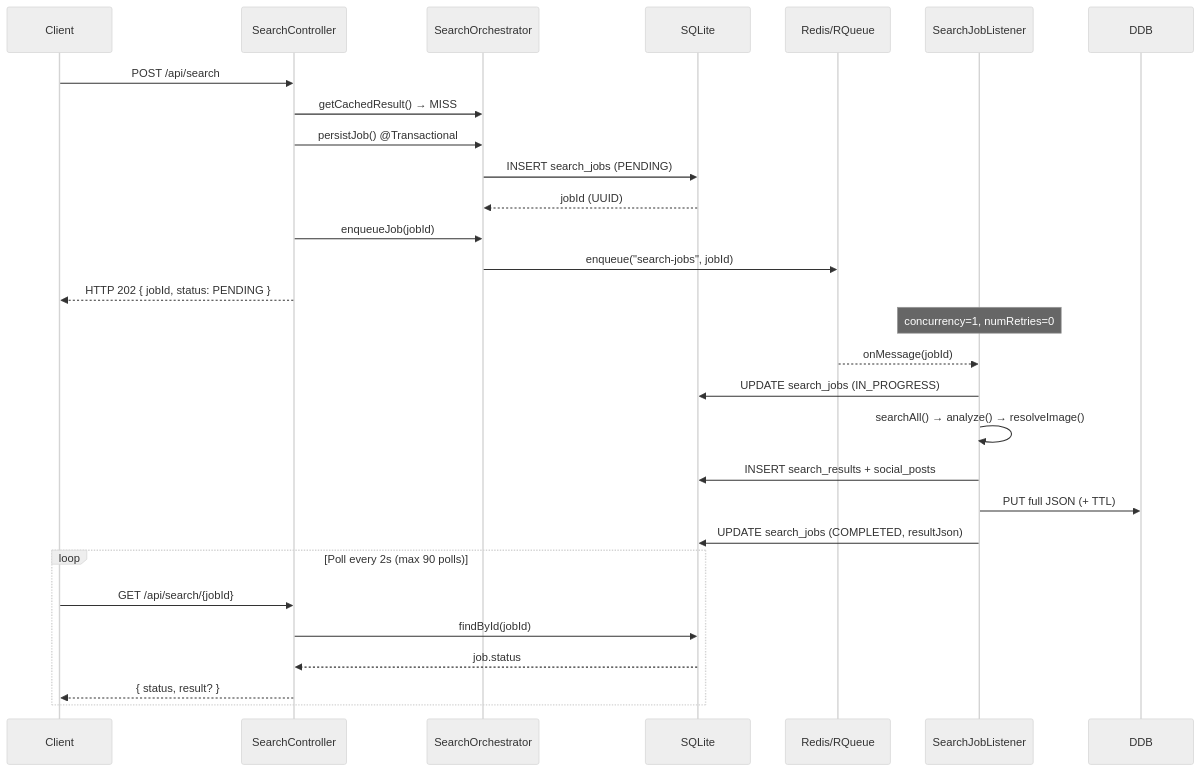
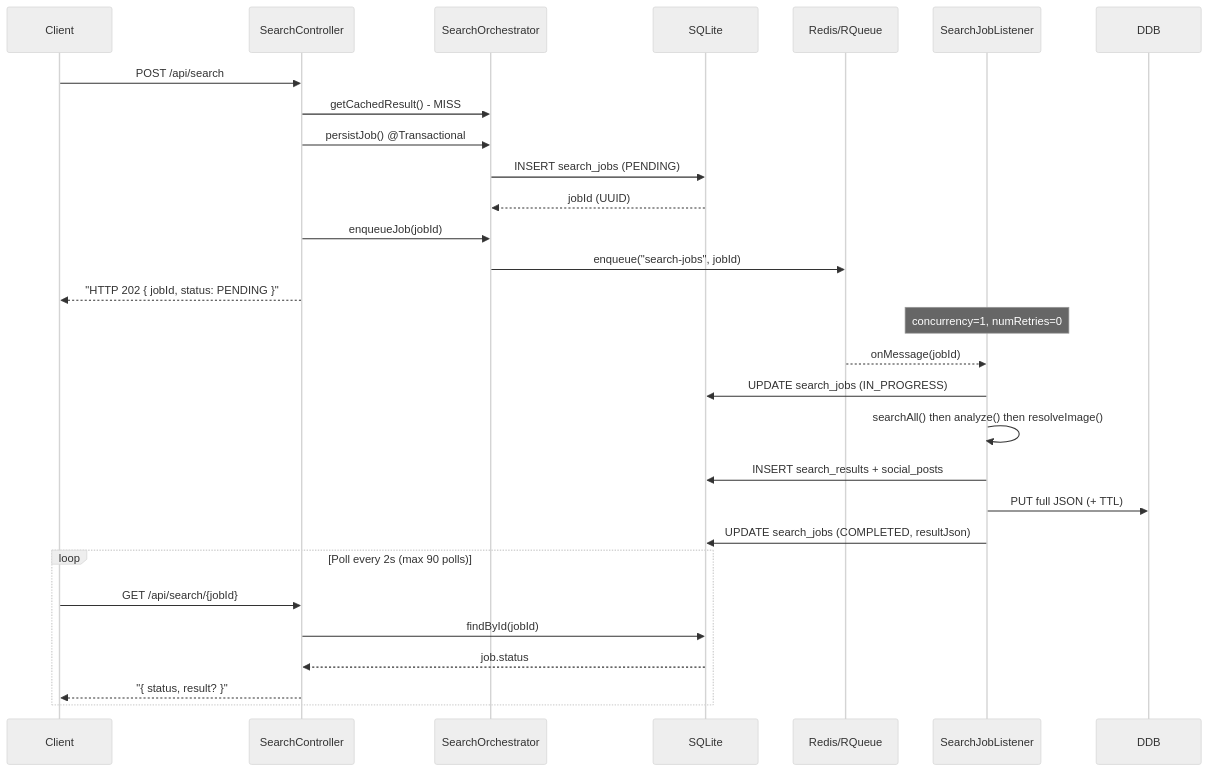
The third of 31 diagrams in architecture.md (anubhavbagri/CrowdLens), drawn with Mermaid (neutral theme) before and after one commit. The commit also changed other lines of this file and 1 other file, not shown here.

Commit message:
fix diagrams

````diff
--- a/architecture.md
+++ b/architecture.md
@@ -69,33 +69,33 @@
 ```mermaid
 sequenceDiagram
     participant C as Client
     participant SC as SearchController
     participant SO as SearchOrchestrator
     participant DB as SQLite
     participant RQ as Redis/RQueue
     participant JL as SearchJobListener
 
     C->>SC: POST /api/search
-    SC->>SO: getCachedResult() → MISS
+    SC->>SO: getCachedResult() - MISS
     SC->>SO: persistJob() @Transactional
     SO->>DB: INSERT search_jobs (PENDING)
     DB-->>SO: jobId (UUID)
     SC->>SO: enqueueJob(jobId)
     SO->>RQ: enqueue("search-jobs", jobId)
-    SC-->>C: HTTP 202 { jobId, status: PENDING }
+    SC-->>C: "HTTP 202 { jobId, status: PENDING }"
 
     Note over JL: concurrency=1, numRetries=0
     RQ-->>JL: onMessage(jobId)
     JL->>DB: UPDATE search_jobs (IN_PROGRESS)
-    JL->>JL: searchAll() → analyze() → resolveImage()
+    JL->>JL: searchAll() then analyze() then resolveImage()
     JL->>DB: INSERT search_results + social_posts
     JL->>DDB: PUT full JSON (+ TTL)
     JL->>DB: UPDATE search_jobs (COMPLETED, resultJson)
 
     loop Poll every 2s (max 90 polls)
         C->>SC: GET /api/search/{jobId}
         SC->>DB: findById(jobId)
         DB-->>SC: job.status
-        SC-->>C: { status, result? }
+        SC-->>C: "{ status, result? }"
     end
 ```
````
